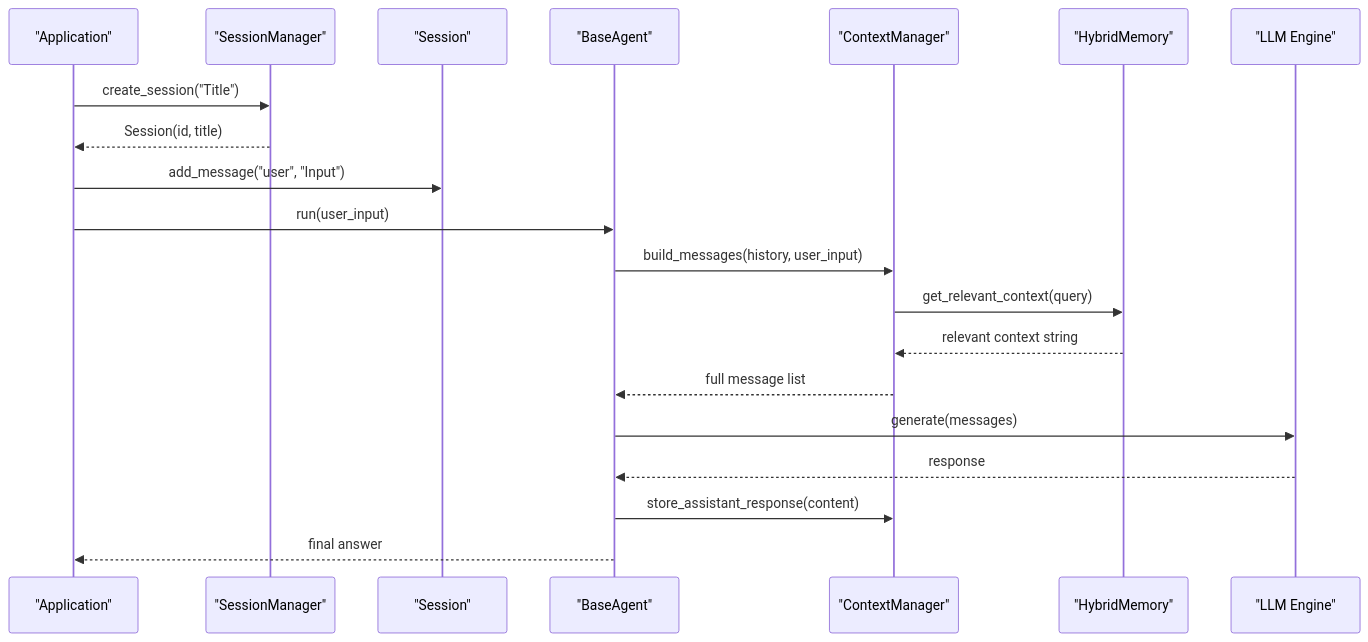
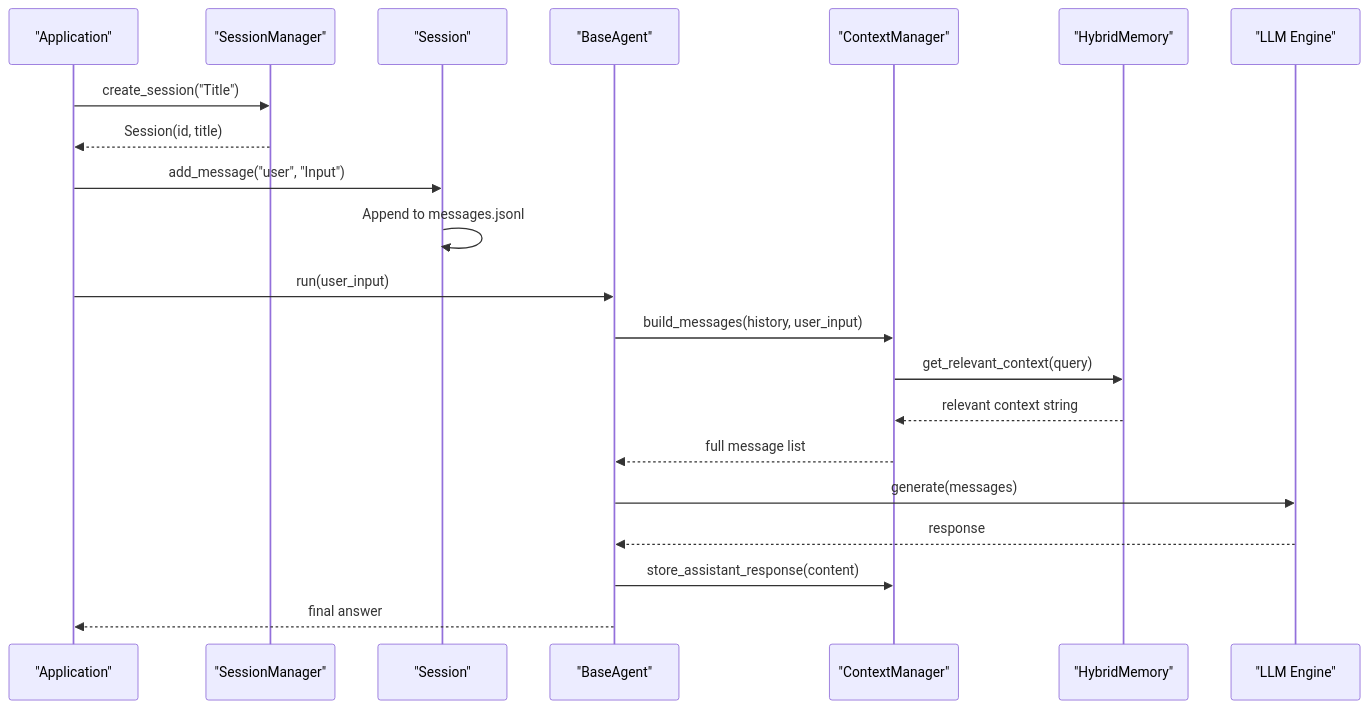
One commit to 1996Paul-Wen/HarnessAIDemo changed the second of 7 diagrams in .qoder/repowiki/en/content/Advanced Features/Session Management.md. Above: the diagram before and after it, drawn with Mermaid. The commit also changed other lines of this file and 4 other files, not shown here.

````diff
--- a/.qoder/repowiki/en/content/Advanced Features/Session Management.md
+++ b/.qoder/repowiki/en/content/Advanced Features/Session Management.md
@@ -103,22 +111,23 @@
 ```mermaid
 sequenceDiagram
 participant App as "Application"
 participant SM as "SessionManager"
 participant S as "Session"
 participant BA as "BaseAgent"
 participant CM as "ContextManager"
 participant MEM as "HybridMemory"
 participant LLM as "LLM Engine"
 App->>SM : create_session("Title")
 SM-->>App : Session(id, title)
 App->>S : add_message("user", "Input")
+S->>S : Append to messages.jsonl
 App->>BA : run(user_input)
 BA->>CM : build_messages(history, user_input)
 CM->>MEM : get_relevant_context(query)
 MEM-->>CM : relevant context string
 CM-->>BA : full message list
 BA->>LLM : generate(messages)
 LLM-->>BA : response
 BA->>CM : store_assistant_response(content)
 BA-->>App : final answer
 ```
````
